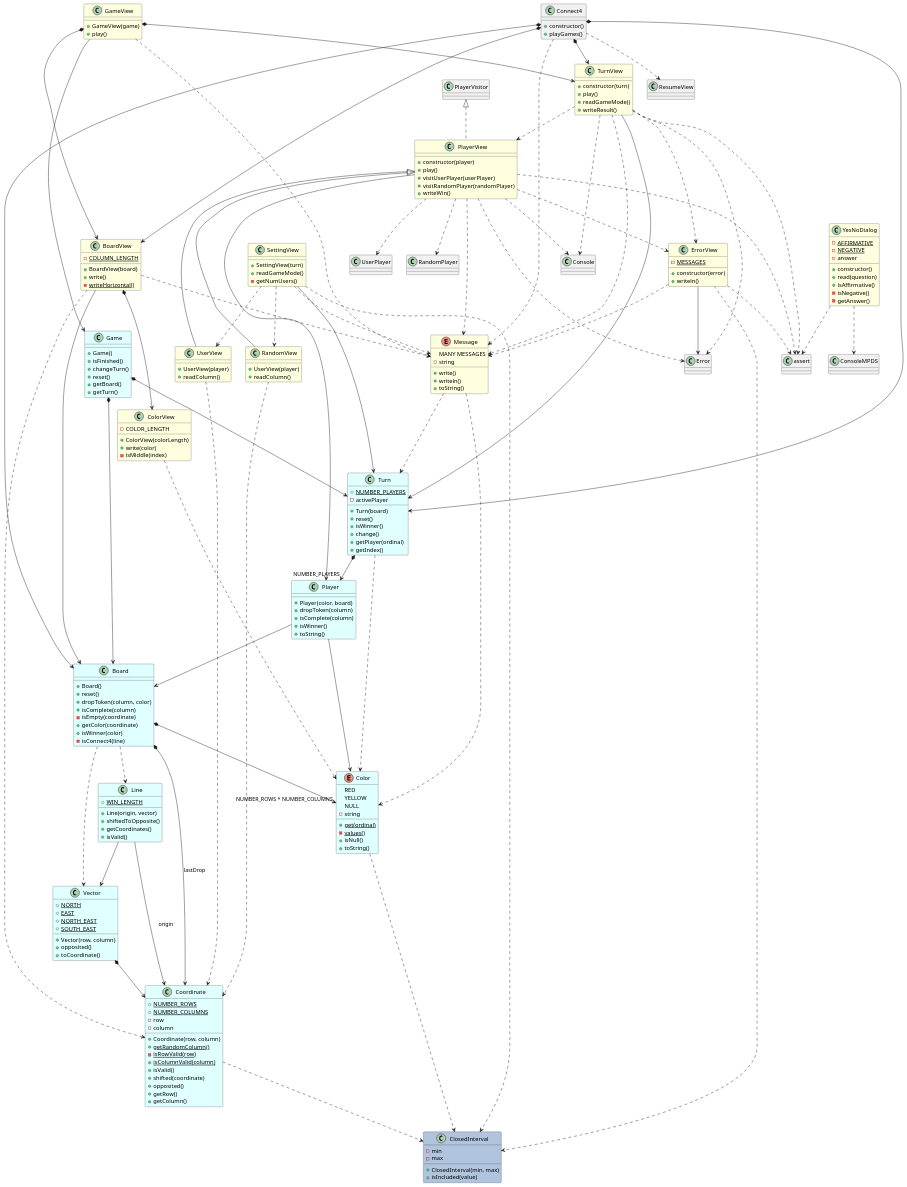
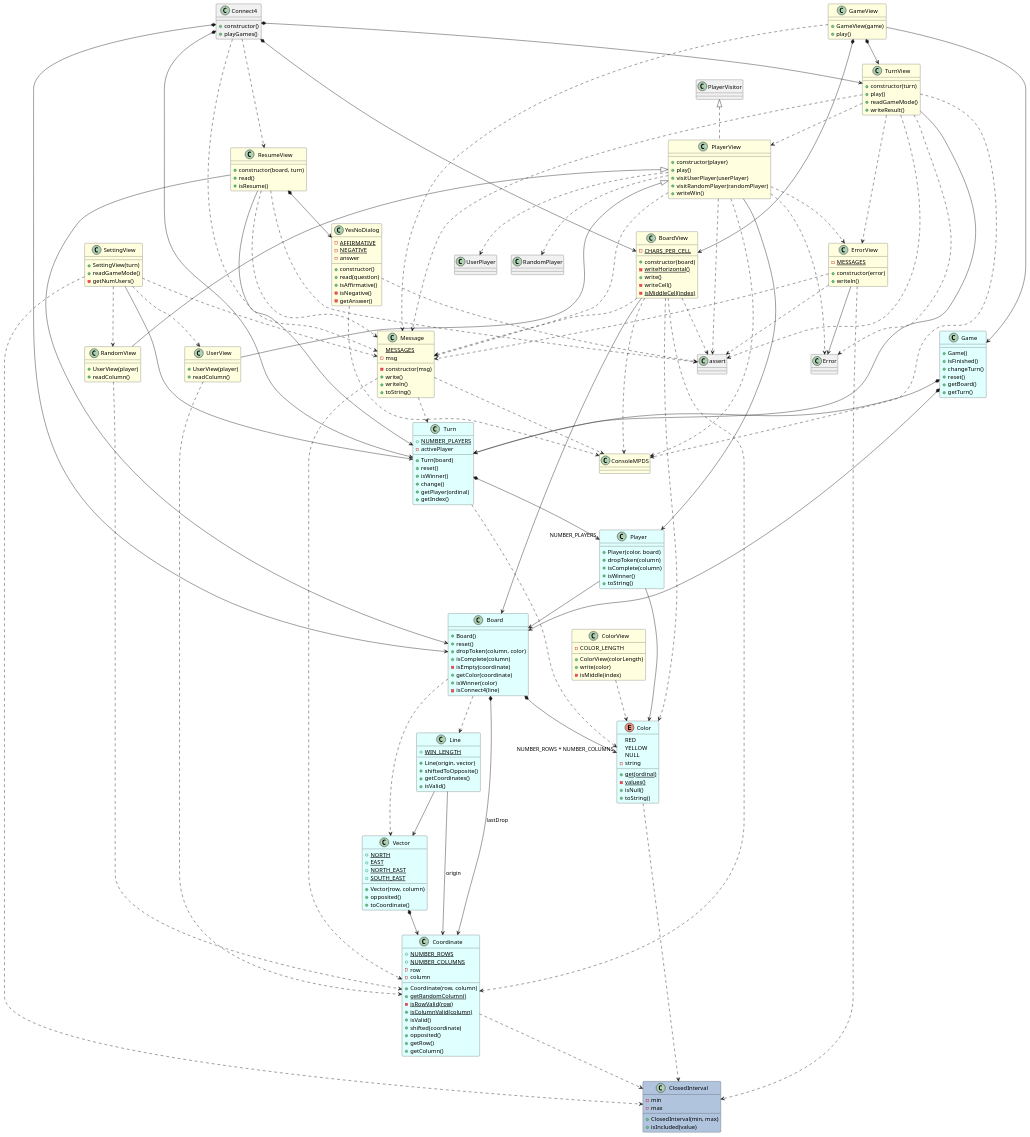
Before and after one commit to PabloMartinFluvia/myGame-connect4: the diagram in docs/dev-resume/src/analysis.plantuml, drawn with PlantUML. The commit also changed 3 other files, not shown here.

```diff
--- a/docs/dev-resume/src/analysis.plantuml
+++ b/docs/dev-resume/src/analysis.plantuml
@@ -38,7 +38,7 @@
 TurnView ..> Error
 TurnView ..> ErrorView
 TurnView ..> Message
-TurnView ..> Console
+TurnView ..> ConsoleMPDS
 TurnView ..> assert
 
 class PlayerView #LightYellow {
@@ -56,7 +56,7 @@
 PlayerView ..> Error
 PlayerView ..> ErrorView
 PlayerView ..> Message
-PlayerView ..> Console
+PlayerView ..> ConsoleMPDS
 PlayerView ..> assert
 
 class ErrorView #LightYellow {
@@ -70,7 +70,48 @@
 ErrorView ..> ClosedInterval
 ErrorView ..> assert
 
+class ResumeView #LightYellow {
 
+    + constructor(board, turn)
+    + read()
+    + isResume()
+}
+ResumeView *--> YesNoDialog
+ResumeView --> Board
+ResumeView --> Turn
+ResumeView ..> Message
+ResumeView ..> assert
+
+class Message #LightYellow {
+    {static} MESSAGES
+    - msg
+
+    - constructor(msg)
+    + write()
+    + writeln()
+    + toString()
+}
+Message ..> Turn
+Message ..> Coordinate
+Message ..> ConsoleMPDS
+
+class ConsoleMPDS #LightYellow 
+
+class BoardView #LightYellow {
+    - {static} CHARS_PER_CELL    
+
+    + constructor(board)
+    - {static} writeHorizontal()
+    + write()    
+    - writeCell()
+    - {static} isMiddleCell(index)
+}
+BoardView --> Board
+BoardView ..> Coordinate
+BoardView ..> Color
+BoardView ..> Message
+BoardView ..> ConsoleMPDS
+BoardView ..> assert
 
 
 
@@ -84,17 +125,7 @@
 GameView *--> TurnView
 GameView ..> Message
 
-class BoardView #LightYellow {
-    - {static} COLUMN_LENGTH    
 
-    + BoardView(board)
-    + write()
-    - {static} writeHorizontal()
-}
-BoardView --> Board
-BoardView *--> ColorView
-BoardView ..> Coordinate
-BoardView ..> Message
 
 class ColorView #LightYellow {
     - COLOR_LENGTH
@@ -137,16 +168,7 @@
 PlayerView <|-- RandomView
 RandomView ..> Coordinate
 
-enum Message #LightYellow {
-    MANY MESSAGES
-    - string
 
-    + write()
-    + writeln()
-    + toString()
-}
-Message ..> Turn
-Message ..> Color
 
 class Game #LightCyan {
 
```
